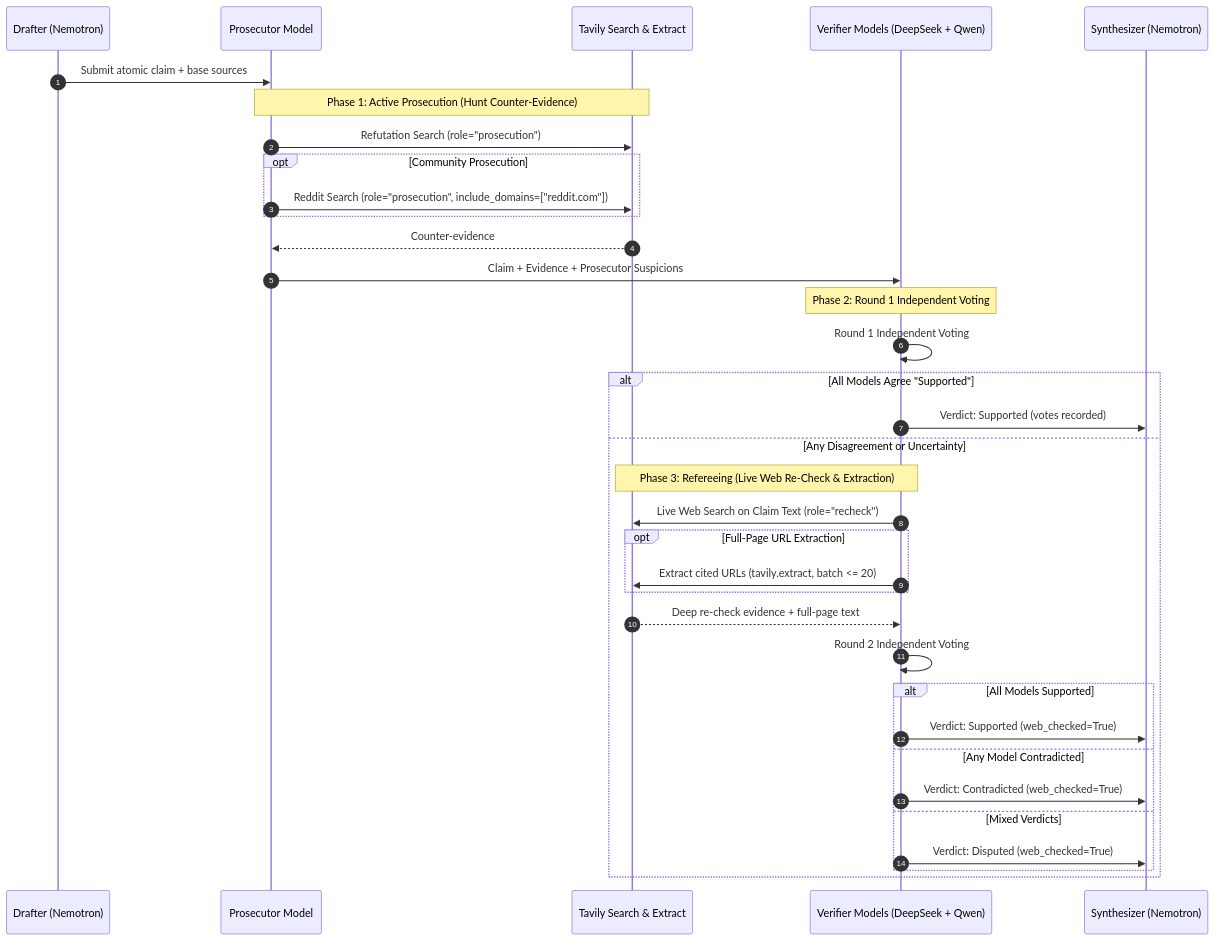
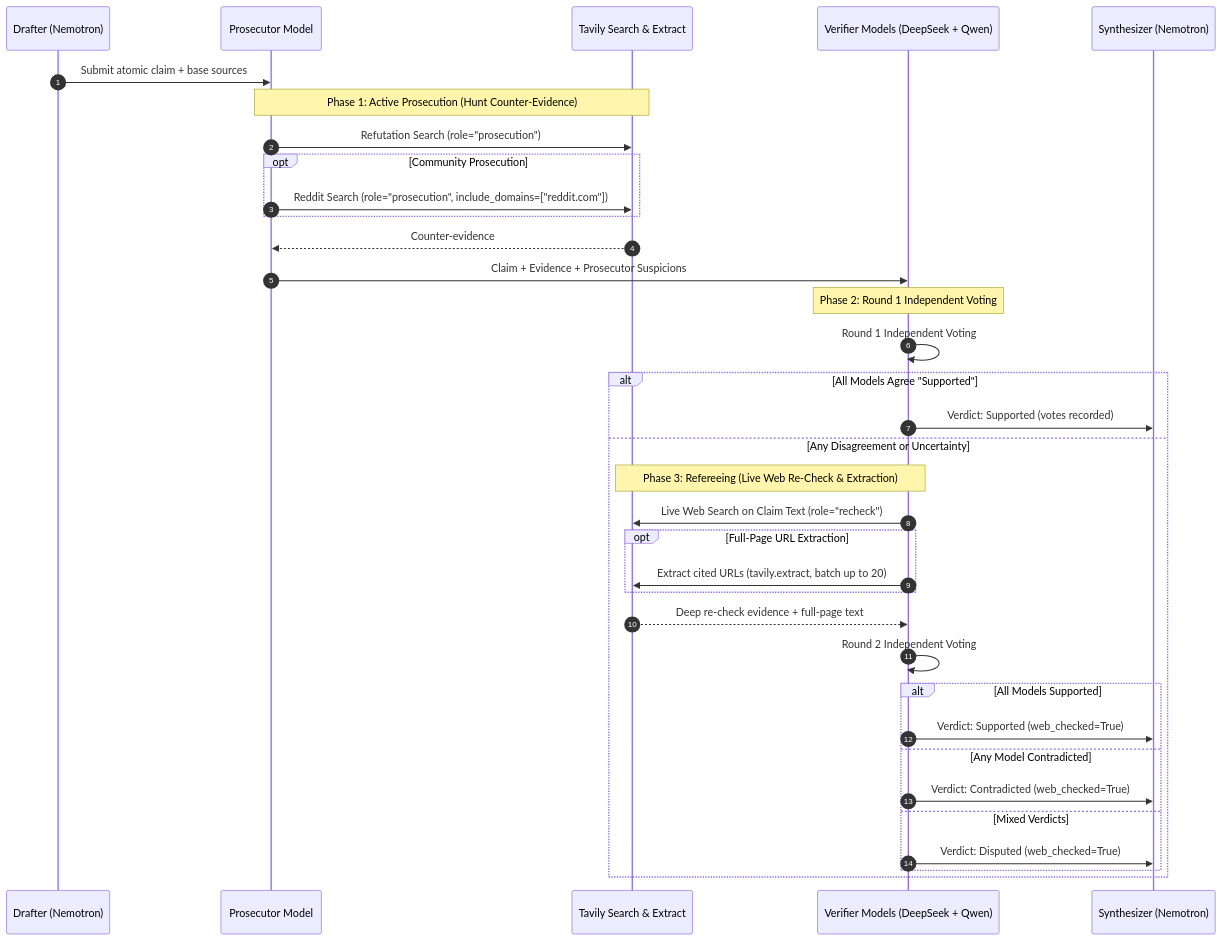
Before and after one commit to Siddhant75/vera: the second of 2 diagrams in README.md, drawn with Mermaid. The commit also changed 1 other file, not shown here.

Commit message:
fix(docs): Remove semicolon and operator chars from Mermaid diagrams
Semicolons act as statement terminators in Mermaid sequence diagrams and caused GitHub parser syntax errors. Replace semicolon with hyphen and replace <= with plain text.

````diff
--- a/README.md
+++ b/README.md
@@ -138,40 +138,40 @@
 ```mermaid
 sequenceDiagram
     autonumber
     participant D as Drafter (Nemotron)
     participant P as Prosecutor Model
     participant T as Tavily Search & Extract
     participant V as Verifier Models (DeepSeek + Qwen)
     participant S as Synthesizer (Nemotron)
 
     D->>P: Submit atomic claim + base sources
     Note over P,T: Phase 1: Active Prosecution (Hunt Counter-Evidence)
     P->>T: Refutation Search (role="prosecution")
     opt Community Prosecution
         P->>T: Reddit Search (role="prosecution", include_domains=["reddit.com"])
     end
     T-->>P: Counter-evidence
     P->>V: Claim + Evidence + Prosecutor Suspicions
 
     Note over V: Phase 2: Round 1 Independent Voting
     V->>V: Round 1 Independent Voting
 
     alt All Models Agree "Supported"
         V->>S: Verdict: Supported (votes recorded)
     else Any Disagreement or Uncertainty
         Note over V,T: Phase 3: Refereeing (Live Web Re-Check & Extraction)
         V->>T: Live Web Search on Claim Text (role="recheck")
         opt Full-Page URL Extraction
-            V->>T: Extract cited URLs (tavily.extract, batch <= 20)
+            V->>T: Extract cited URLs (tavily.extract, batch up to 20)
         end
         T-->>V: Deep re-check evidence + full-page text
         V->>V: Round 2 Independent Voting
         alt All Models Supported
             V->>S: Verdict: Supported (web_checked=True)
         else Any Model Contradicted
             V->>S: Verdict: Contradicted (web_checked=True)
         else Mixed Verdicts
             V->>S: Verdict: Disputed (web_checked=True)
         end
     end
 ```
````
